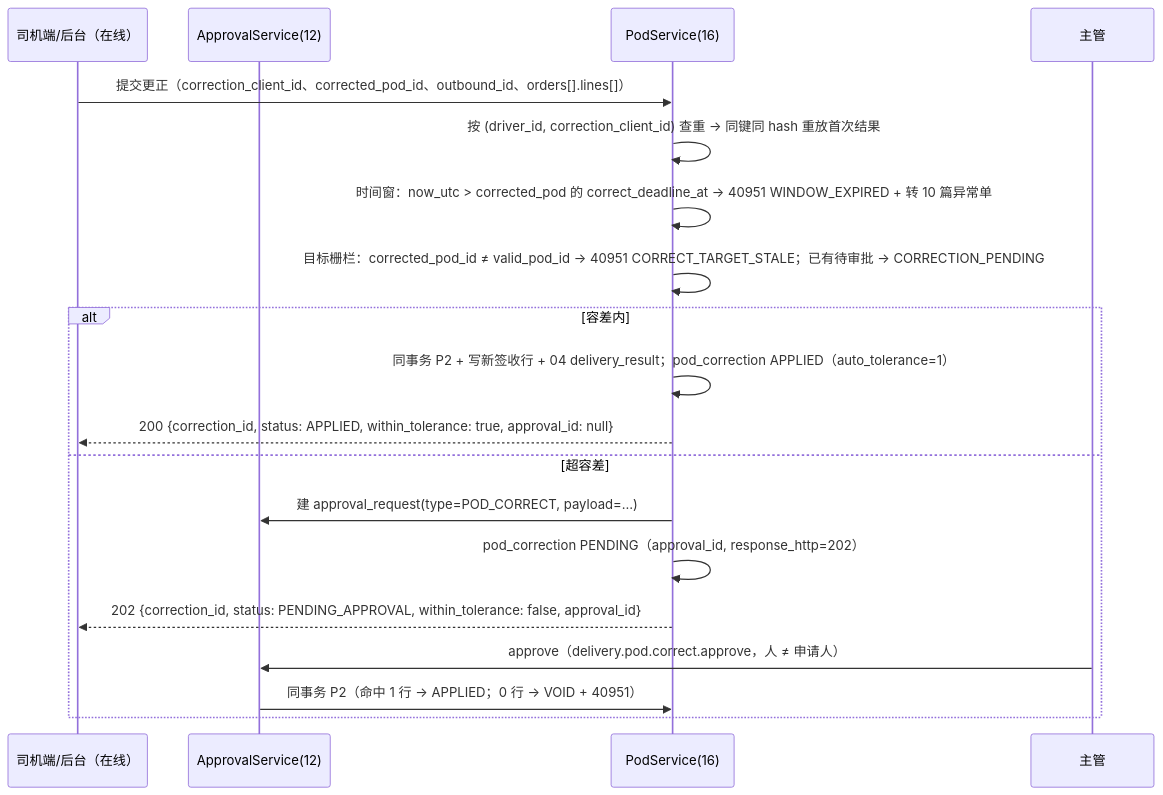
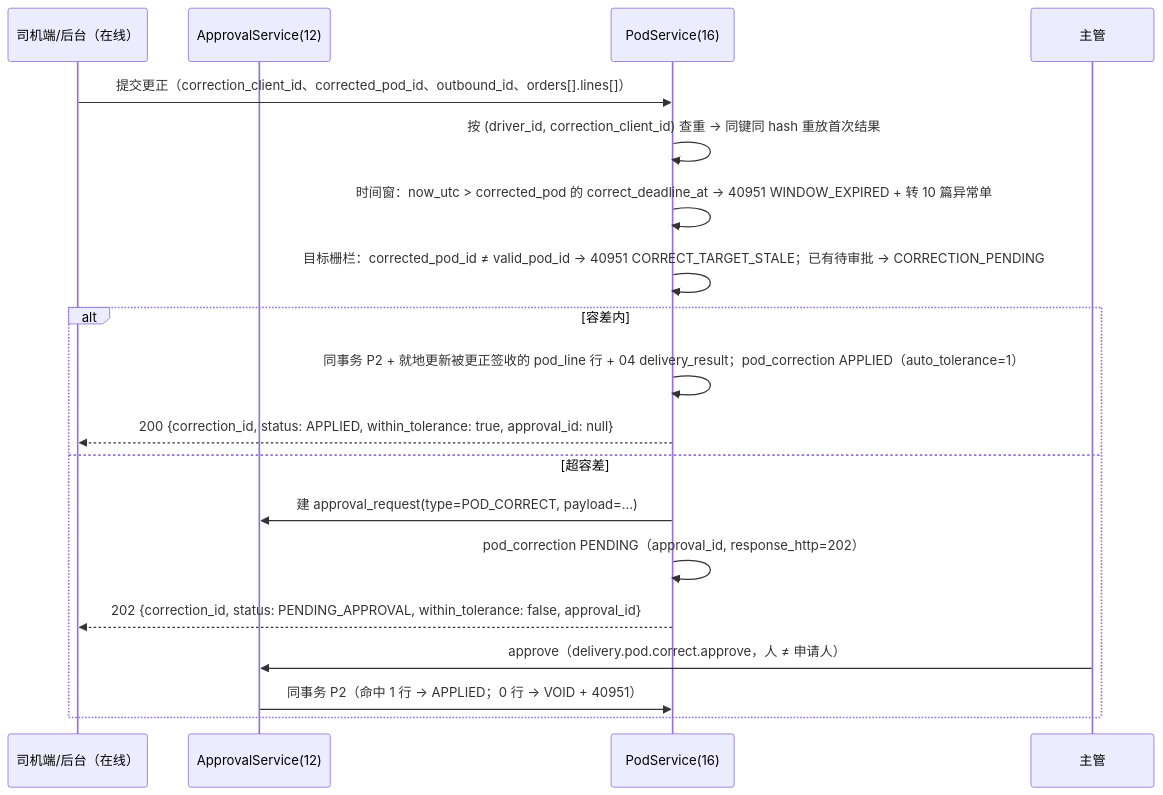
Before and after one commit to Akarin7784/fresh-wms: the fourth of 5 diagrams in docs/16-配送与签收.md, drawn with Mermaid. The commit also changed other lines of this file and 3 other files, not shown here.

Commit message:
fix(16): 更正就地 UPDATE pod_line（Chief 裁定 Q16-2 修法 ④）+ delivery_return_line.lot_id NOT NULL（Q16-4）

````diff
--- a/docs/16-配送与签收.md
+++ b/docs/16-配送与签收.md
@@ -340,21 +340,21 @@
 ```mermaid
 sequenceDiagram
   participant D as 司机端/后台（在线）
   participant A as ApprovalService(12)
   participant S as PodService(16)
   participant M as 主管
   D->>S: 提交更正（correction_client_id、corrected_pod_id、outbound_id、orders[].lines[]）
   S->>S: 按 (driver_id, correction_client_id) 查重 → 同键同 hash 重放首次结果
   S->>S: 时间窗：now_utc > corrected_pod 的 correct_deadline_at → 40951 WINDOW_EXPIRED + 转 10 篇异常单
   S->>S: 目标栅栏：corrected_pod_id ≠ valid_pod_id → 40951 CORRECT_TARGET_STALE；已有待审批 → CORRECTION_PENDING
   alt 容差内
-    S->>S: 同事务 P2 + 写新签收行 + 04 delivery_result；pod_correction APPLIED（auto_tolerance=1）
+    S->>S: 同事务 P2 + 就地更新被更正签收的 pod_line 行 + 04 delivery_result；pod_correction APPLIED（auto_tolerance=1）
     S-->>D: 200 {correction_id, status: APPLIED, within_tolerance: true, approval_id: null}
   else 超容差
     S->>A: 建 approval_request(type=POD_CORRECT, payload=…)
     S->>S: pod_correction PENDING（approval_id, response_http=202）
     S-->>D: 202 {correction_id, status: PENDING_APPROVAL, within_tolerance: false, approval_id}
     M->>A: approve（delivery.pod.correct.approve，人 ≠ 申请人）
     A->>S: 同事务 P2（命中 1 行 → APPLIED；0 行 → VOID + 40951）
   end
 ```
````
